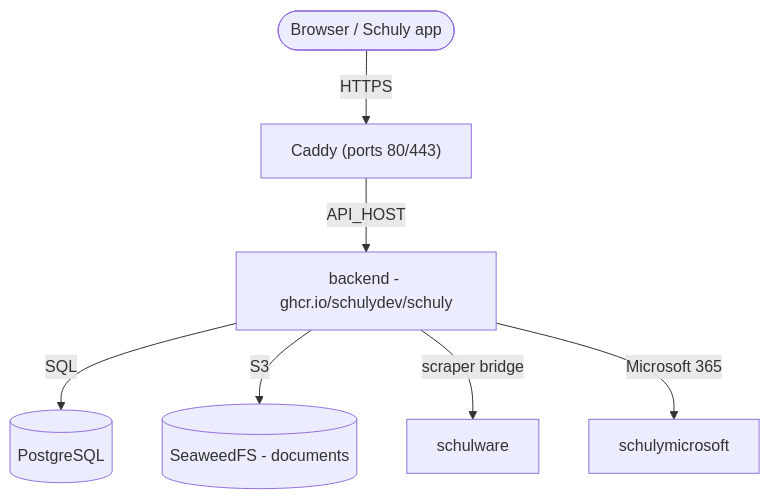
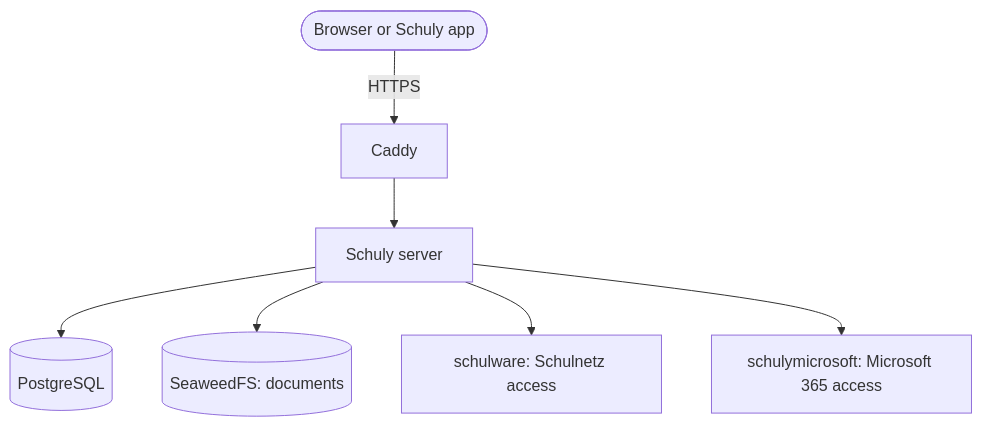
Before and after one commit to schulydev/SchulyDocs: the diagram in docs/SchulyServer/setup/self-hosting.md, drawn with Mermaid. The commit also changed other lines of this file and 101 other files, not shown here.

````diff
--- a/docs/SchulyServer/setup/self-hosting.md
+++ b/docs/SchulyServer/setup/self-hosting.md
@@ -14,9 +17,9 @@
 ```mermaid
 flowchart TB
-    user([Browser / Schuly app]) -->|HTTPS| caddy["Caddy (ports 80/443)"]
-    caddy -->|API_HOST| backend["backend - ghcr.io/schulydev/schuly"]
-    backend -->|SQL| pg[("PostgreSQL")]
-    backend -->|S3| s3[("SeaweedFS - documents")]
-    backend -->|scraper bridge| sw["schulware"]
-    backend -->|Microsoft 365| ms["schulymicrosoft"]
+    user([Browser or Schuly app]) -->|HTTPS| caddy["Caddy"]
+    caddy --> backend["Schuly server"]
+    backend --> pg[("PostgreSQL")]
+    backend --> s3[("SeaweedFS: documents")]
+    backend --> sw["schulware: Schulnetz access"]
+    backend --> ms["schulymicrosoft: Microsoft 365 access"]
 ```
````
